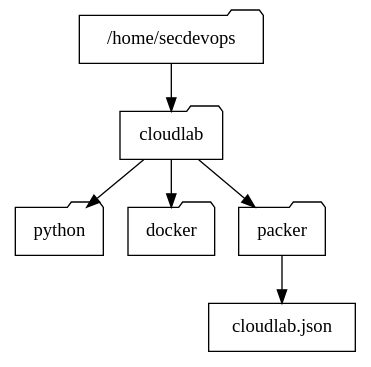
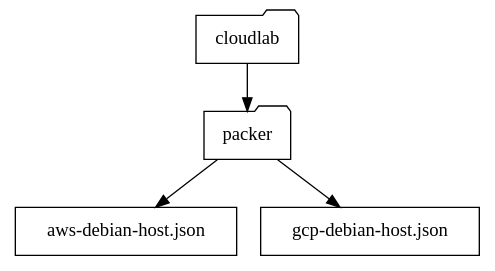
The diagram in docs/_source/tools.rst (ajcborges/devsecops-tactical-workbook), drawn with Graphviz before and after one commit. The commit also changed other lines of this file and 11 other files, not shown here.

```diff
--- a/docs/_source/tools.rst
+++ b/docs/_source/tools.rst
@@ -133,17 +140,13 @@
 .. graphviz::
    :caption: Updated Project Directory
    :align: center
 
    digraph folders {
-      "/home/secdevops" [shape=folder];
       "cloudlab" [shape=folder];
-      "python" [shape=folder];
-      "docker" [shape=folder];
       "packer" [shape=folder];
-      "cloudlab.json" [shape=rect];
-      "/home/secdevops" -> "cloudlab";
-      "cloudlab" -> "python";
-      "cloudlab" -> "docker";
+      "aws-debian-host.json" [shape=rect];
+      "gcp-debian-host.json" [shape=rect];
       "cloudlab" -> "packer";
-      "packer" -> "cloudlab.json";
+      "packer" -> "aws-debian-host.json";
+      "packer" -> "gcp-debian-host.json";
    }
```
